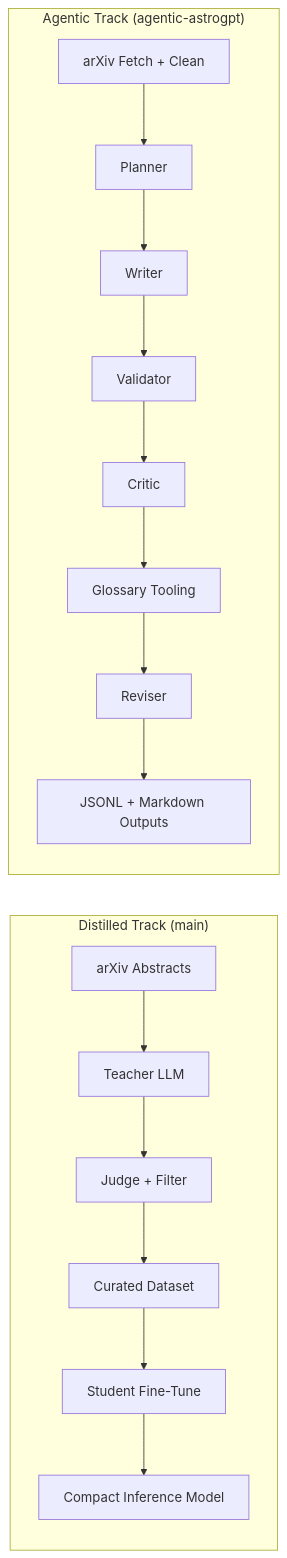
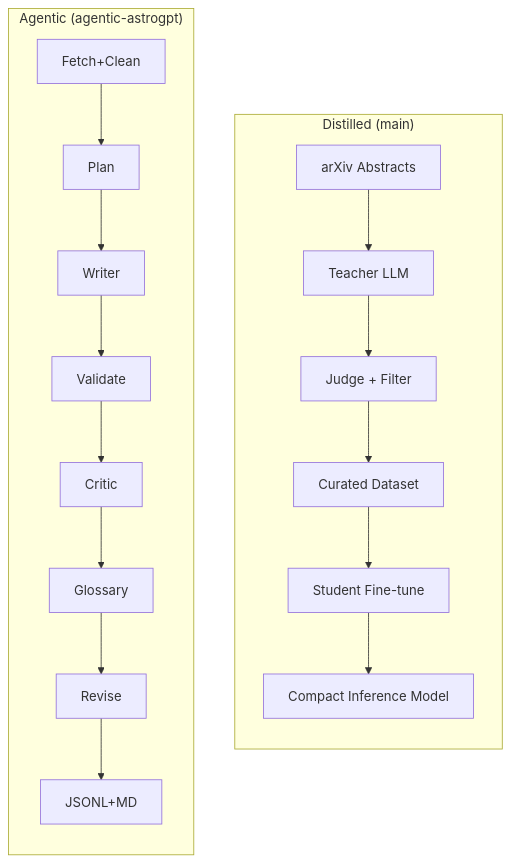
The first of 2 diagrams in README.md (daspushpita/MiniAstroGPT), drawn with Mermaid before and after one commit. The commit also changed other lines of this file, not shown here.

````diff
--- a/README.md
+++ b/README.md
@@ -21,20 +23,22 @@
 ```mermaid
-flowchart LR
-  subgraph A["Distilled Track (main)"]
+flowchart TD
+  subgraph A["Distilled (main)"]
+    direction TD
     A1["arXiv Abstracts"] --> A2["Teacher LLM"]
     A2 --> A3["Judge + Filter"]
     A3 --> A4["Curated Dataset"]
-    A4 --> A5["Student Fine-Tune"]
+    A4 --> A5["Student Fine-tune"]
     A5 --> A6["Compact Inference Model"]
   end
 
-  subgraph B["Agentic Track (agentic-astrogpt)"]
-    B1["arXiv Fetch + Clean"] --> B2["Planner"]
+  subgraph B["Agentic (agentic-astrogpt)"]
+    direction TD
+    B1["Fetch+Clean"] --> B2["Plan"]
     B2 --> B3["Writer"]
-    B3 --> B4["Validator"]
+    B3 --> B4["Validate"]
     B4 --> B5["Critic"]
-    B5 --> B6["Glossary Tooling"]
-    B6 --> B7["Reviser"]
-    B7 --> B8["JSONL + Markdown Outputs"]
+    B5 --> B6["Glossary"]
+    B6 --> B7["Revise"]
+    B7 --> B8["JSONL+MD"]
   end
 ```
````
